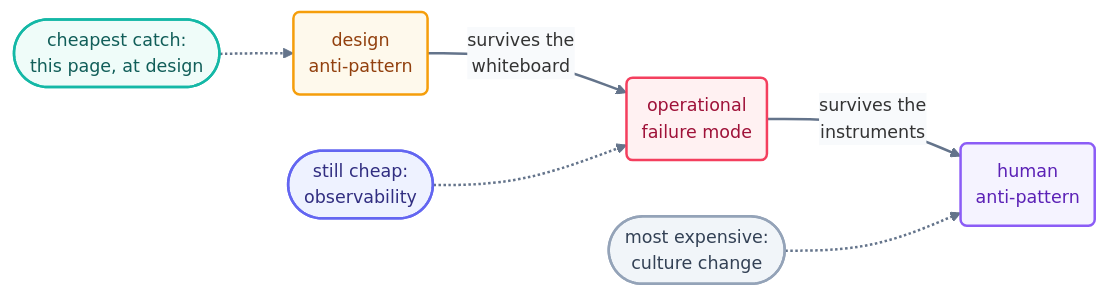
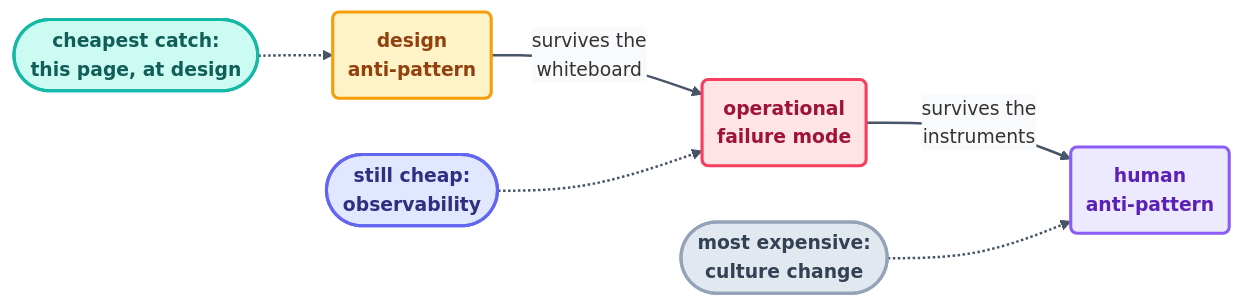
One commit to ayeshakhalid192007-dev/LoopEngineering-CrashCourse changed the diagram in docs/10-operating/anti-patterns.md. Above: the diagram before and after it, drawn with Mermaid. The commit also changed 66 other files, not shown here.

First line of the commit message:
docs(diagrams): visibly bolder pass — deeper fills, heavier strokes, semibold labels

````diff
--- a/docs/10-operating/anti-patterns.md
+++ b/docs/10-operating/anti-patterns.md
@@ -47,16 +47,16 @@
 ```mermaid
-%%{init: {'theme':'base','themeVariables':{'fontFamily':'ui-sans-serif, system-ui, sans-serif','fontSize':'14px','lineColor':'#64748b','edgeLabelBackground':'#f8fafc'},'flowchart':{'curve':'basis','nodeSpacing':45,'rankSpacing':55,'padding':12}}}%%
+%%{init: {'theme':'base','themeVariables':{'fontFamily':'ui-sans-serif, system-ui, sans-serif','fontSize':'15px','lineColor':'#475569','edgeLabelBackground':'#f8fafc'},'flowchart':{'curve':'basis','nodeSpacing':45,'rankSpacing':55,'padding':12}}}%%
 flowchart LR
     D("design<br/>anti-pattern"):::warn -->|"survives the<br/>whiteboard"| O("operational<br/>failure mode"):::bad
     O -->|"survives the<br/>instruments"| H("human<br/>anti-pattern"):::worse
     CATCH1(["cheapest catch:<br/>this page, at design"]):::win -.-> D
     CATCH2(["still cheap:<br/>observability"]):::ok -.-> O
     CATCH3(["most expensive:<br/>culture change"]):::stop -.-> H
-    linkStyle default stroke:#64748b,stroke-width:2px;
-    classDef warn fill:#fef9ec,stroke:#f59e0b,stroke-width:2px,color:#92400e;
-    classDef bad fill:#fff1f2,stroke:#f43f5e,stroke-width:2px,color:#9f1239;
-    classDef worse fill:#f5f3ff,stroke:#8b5cf6,stroke-width:2px,color:#5b21b6;
-    classDef win fill:#effcf9,stroke:#14b8a6,stroke-width:2px,color:#115e59;
-    classDef ok fill:#eef2ff,stroke:#6366f1,stroke-width:2px,color:#312e81;
-    classDef stop fill:#f1f5f9,stroke:#94a3b8,stroke-width:2px,color:#334155;
+    linkStyle default stroke:#475569,stroke-width:2px;
+    classDef warn fill:#fef3c7,stroke:#f59e0b,stroke-width:2.5px,color:#92400e,font-weight:600;
+    classDef bad fill:#ffe4e6,stroke:#f43f5e,stroke-width:2.5px,color:#9f1239,font-weight:600;
+    classDef worse fill:#ede9fe,stroke:#8b5cf6,stroke-width:2.5px,color:#5b21b6,font-weight:600;
+    classDef win fill:#ccfbf1,stroke:#14b8a6,stroke-width:2.5px,color:#115e59,font-weight:600;
+    classDef ok fill:#e0e7ff,stroke:#6366f1,stroke-width:2.5px,color:#312e81,font-weight:600;
+    classDef stop fill:#e2e8f0,stroke:#94a3b8,stroke-width:2.5px,color:#334155,font-weight:600;
 ```
````
